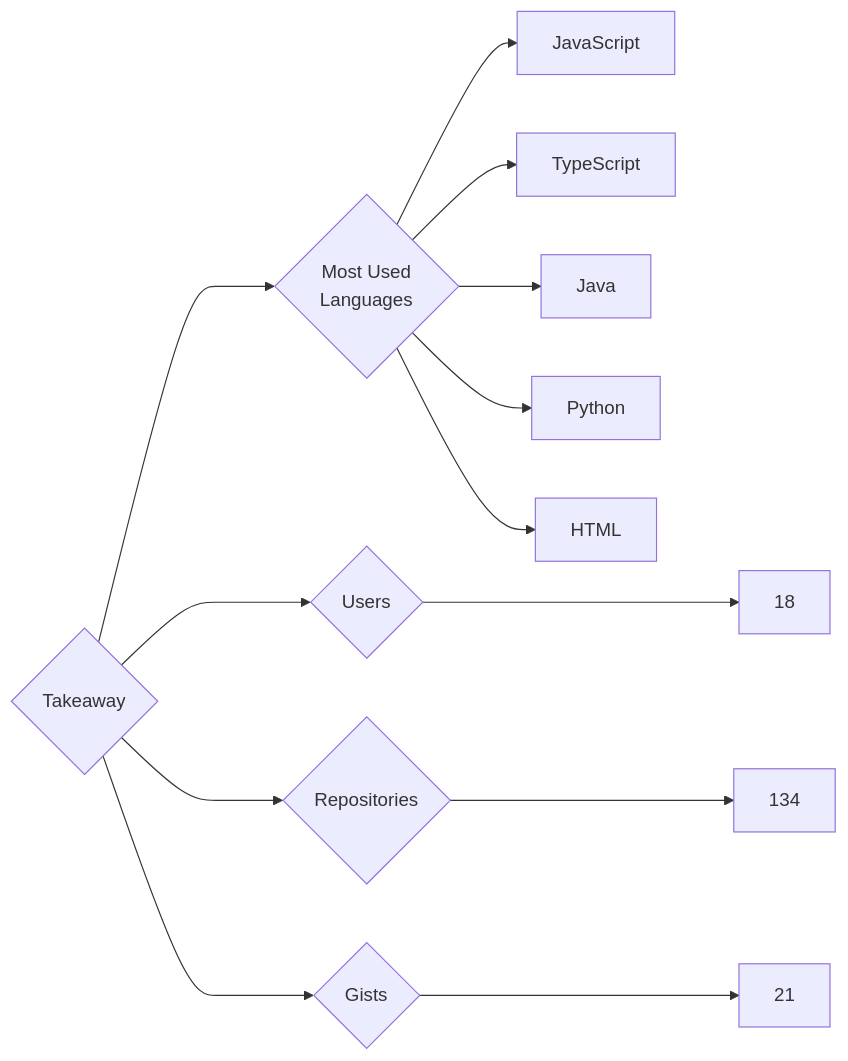
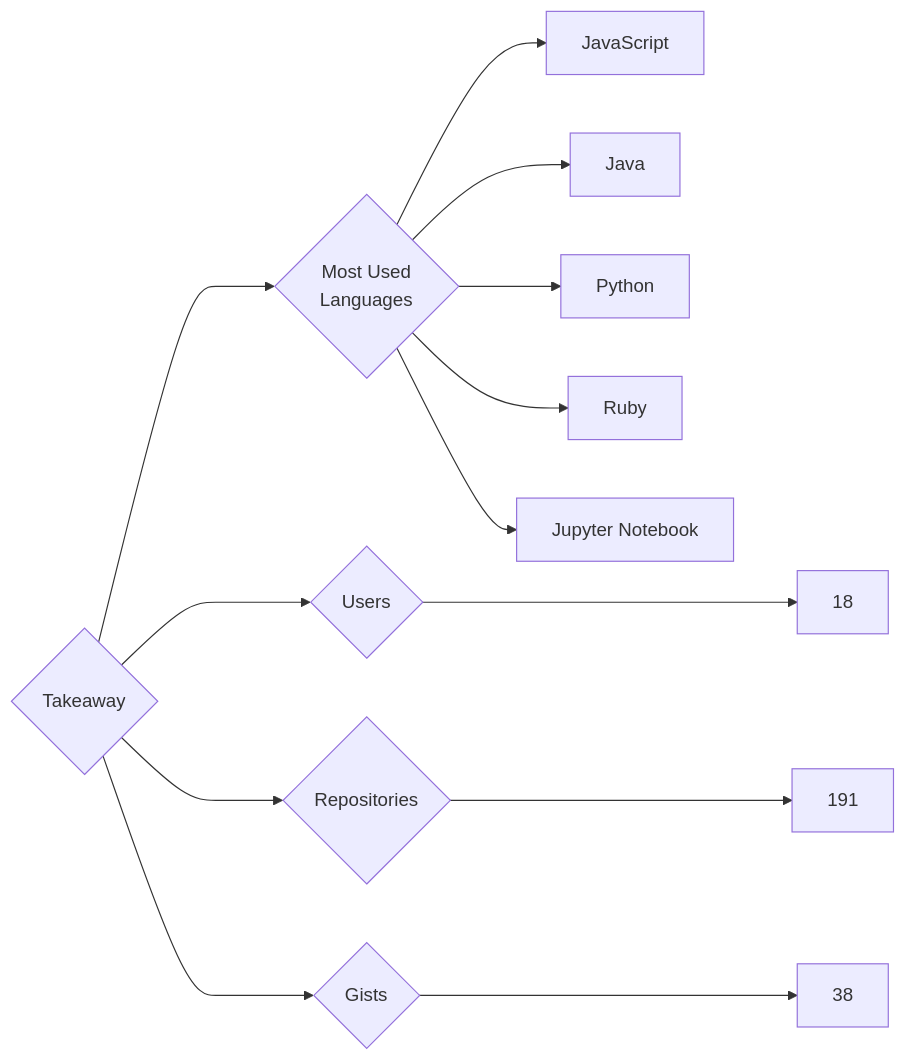
The diagram in targets/Takeaway/README.md (trickest/insiders), drawn with Mermaid before and after one commit. The commit also changed 833 other files, not shown here.

````diff
--- a/targets/Takeaway/README.md
+++ b/targets/Takeaway/README.md
@@ -3,13 +3,13 @@
 ```mermaid
 graph LR
 COMPANY_NAME{Takeaway}
 COMPANY_NAME ---> U{Users} ---> UN[18]
-COMPANY_NAME ---> R{Repositories} ---> RN[134]
-COMPANY_NAME ---> G{Gists} ---> GN[21]
+COMPANY_NAME ---> R{Repositories} ---> RN[191]
+COMPANY_NAME ---> G{Gists} ---> GN[38]
 COMPANY_NAME ---> ML{Most Used<br>Languages}
 ML --> JavaScript[JavaScript]
-ML --> TypeScript[TypeScript]
 ML --> Java[Java]
 ML --> Python[Python]
-ML --> HTML[HTML]
+ML --> Ruby[Ruby]
+ML --> Jupyter_Notebook[Jupyter Notebook]
 ```
````
